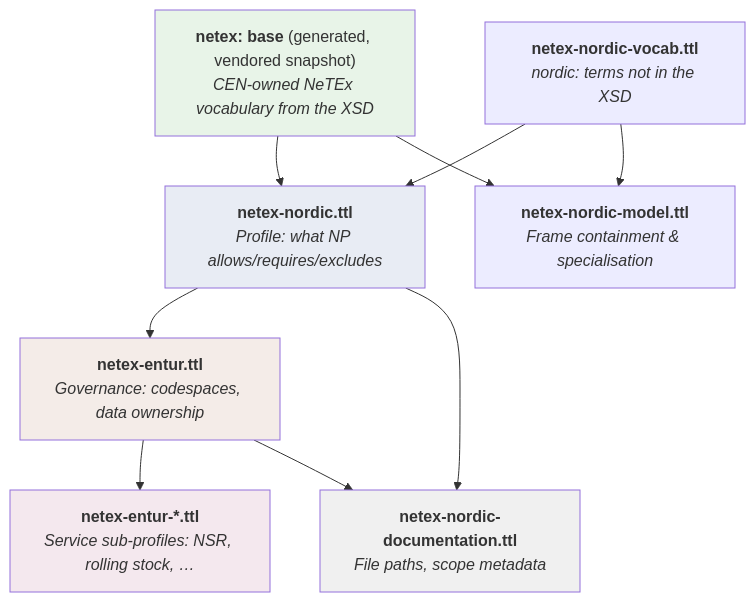
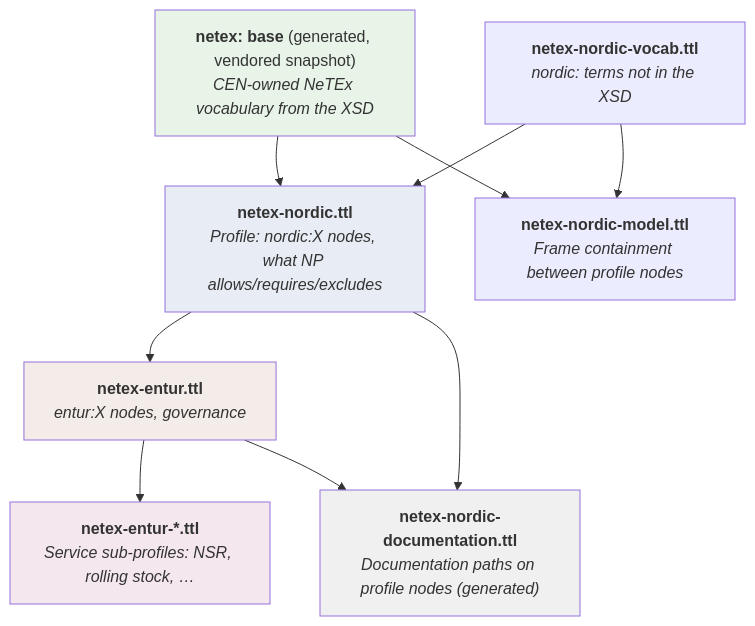
The diagram in guides/Ontology/Ontology_Guide.md (entur/nordic-netex-documentation), drawn with Mermaid before and after one commit. The commit also changed other lines of this file and 3 other files, not shown here.

First line of the commit message:
docs(ontology): describe profile nodes and the generated documentation layer

````diff
--- a/guides/Ontology/Ontology_Guide.md
+++ b/guides/Ontology/Ontology_Guide.md
@@ -49,25 +49,25 @@
 ```mermaid
 flowchart TD
     BASE["<b>netex: base</b> (generated, vendored snapshot)<br/><i>CEN-owned NeTEx vocabulary from the XSD</i>"]
     VOCAB["<b>netex-nordic-vocab.ttl</b><br/><i>nordic: terms not in the XSD</i>"]
-    NP["<b>netex-nordic.ttl</b><br/><i>Profile: what NP allows/requires/excludes</i>"]
-    MODEL["<b>netex-nordic-model.ttl</b><br/><i>Frame containment & specialisation</i>"]
-    ENTUR["<b>netex-entur.ttl</b><br/><i>Governance: codespaces, data ownership</i>"]
+    NP["<b>netex-nordic.ttl</b><br/><i>Profile: nordic:X nodes, what NP allows/requires/excludes</i>"]
+    MODEL["<b>netex-nordic-model.ttl</b><br/><i>Frame containment between profile nodes</i>"]
+    ENTUR["<b>netex-entur.ttl</b><br/><i>entur:X nodes, governance</i>"]
     SUB["<b>netex-entur-*.ttl</b><br/><i>Service sub-profiles: NSR, rolling stock, …</i>"]
-    DOC["<b>netex-nordic-documentation.ttl</b><br/><i>File paths, scope metadata</i>"]
+    DOC["<b>netex-nordic-documentation.ttl</b><br/><i>Documentation paths on profile nodes (generated)</i>"]
 
     BASE --> NP
     VOCAB --> NP
     BASE --> MODEL
     VOCAB --> MODEL
     NP --> ENTUR
     ENTUR --> SUB
     NP --> DOC
     ENTUR --> DOC
 
     style BASE fill:#e8f4e8
     style NP fill:#e8ecf4
     style ENTUR fill:#f4ece8
     style SUB fill:#f4e8ee
     style DOC fill:#f0f0f0
 ```
````
